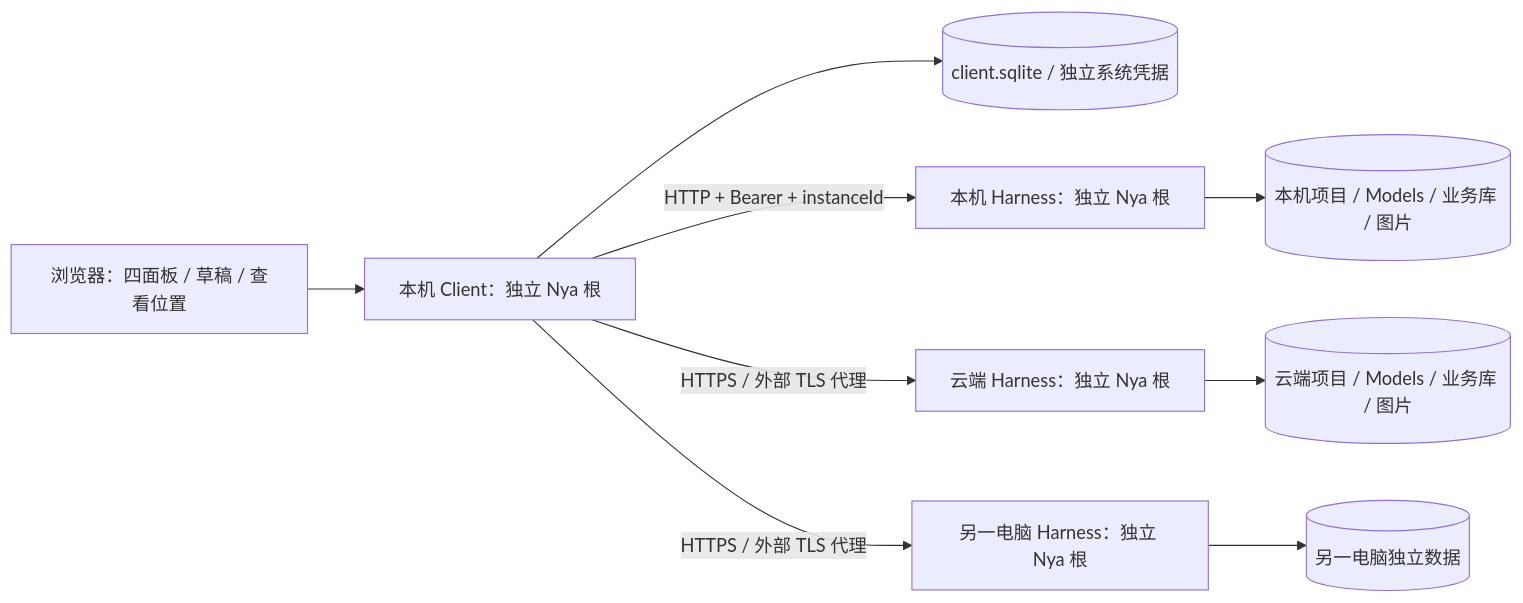
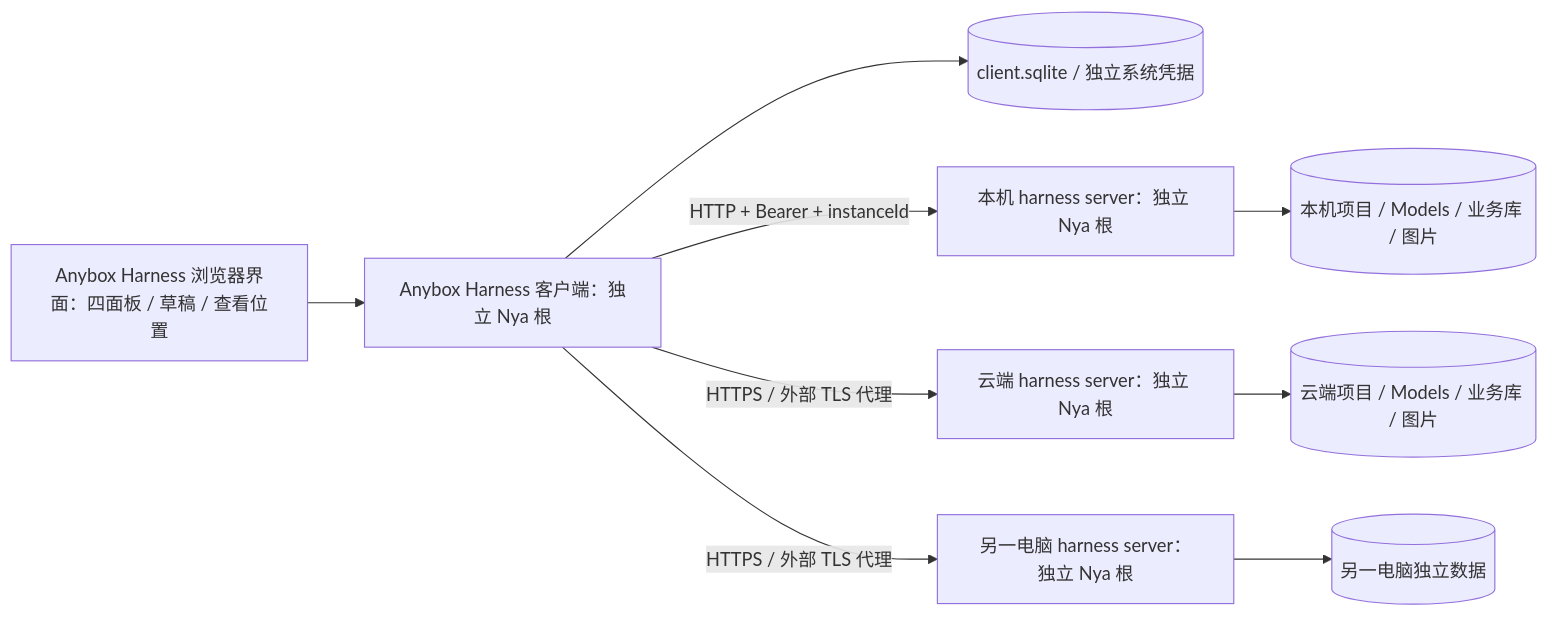
The diagram in docs/harness-module-boundary.md (fanfan-de/AnyboxV2), drawn with Mermaid before and after one commit. The commit also changed other lines of this file and 318 other files, not shown here.

Commit message:
feat(harness): add multi-project run and client workflows

````diff
--- a/docs/harness-module-boundary.md
+++ b/docs/harness-module-boundary.md
@@ -43,11 +42,11 @@
 ```mermaid
 flowchart LR
-  B[浏览器：四面板 / 草稿 / 查看位置] --> C[本机 Client：独立 Nya 根]
+  B[Anybox Harness 浏览器界面：四面板 / 草稿 / 查看位置] --> C[Anybox Harness 客户端：独立 Nya 根]
   C --> CS[(client.sqlite / 独立系统凭据)]
-  C -->|HTTP + Bearer + instanceId| L[本机 Harness：独立 Nya 根]
-  C -->|HTTPS / 外部 TLS 代理| R[云端 Harness：独立 Nya 根]
-  C -->|HTTPS / 外部 TLS 代理| O[另一电脑 Harness：独立 Nya 根]
+  C -->|HTTP + Bearer + instanceId| L[本机 harness server：独立 Nya 根]
+  C -->|HTTPS / 外部 TLS 代理| R[云端 harness server：独立 Nya 根]
+  C -->|HTTPS / 外部 TLS 代理| O[另一电脑 harness server：独立 Nya 根]
   L --> LD[(本机项目 / Models / 业务库 / 图片)]
   R --> RD[(云端项目 / Models / 业务库 / 图片)]
   O --> OD[(另一电脑独立数据)]
 ```
````
